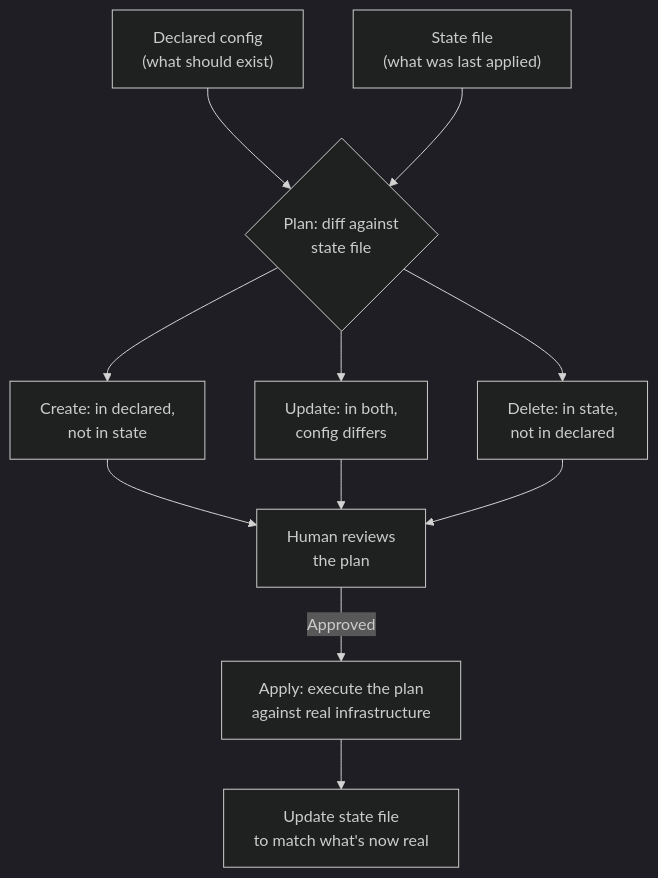
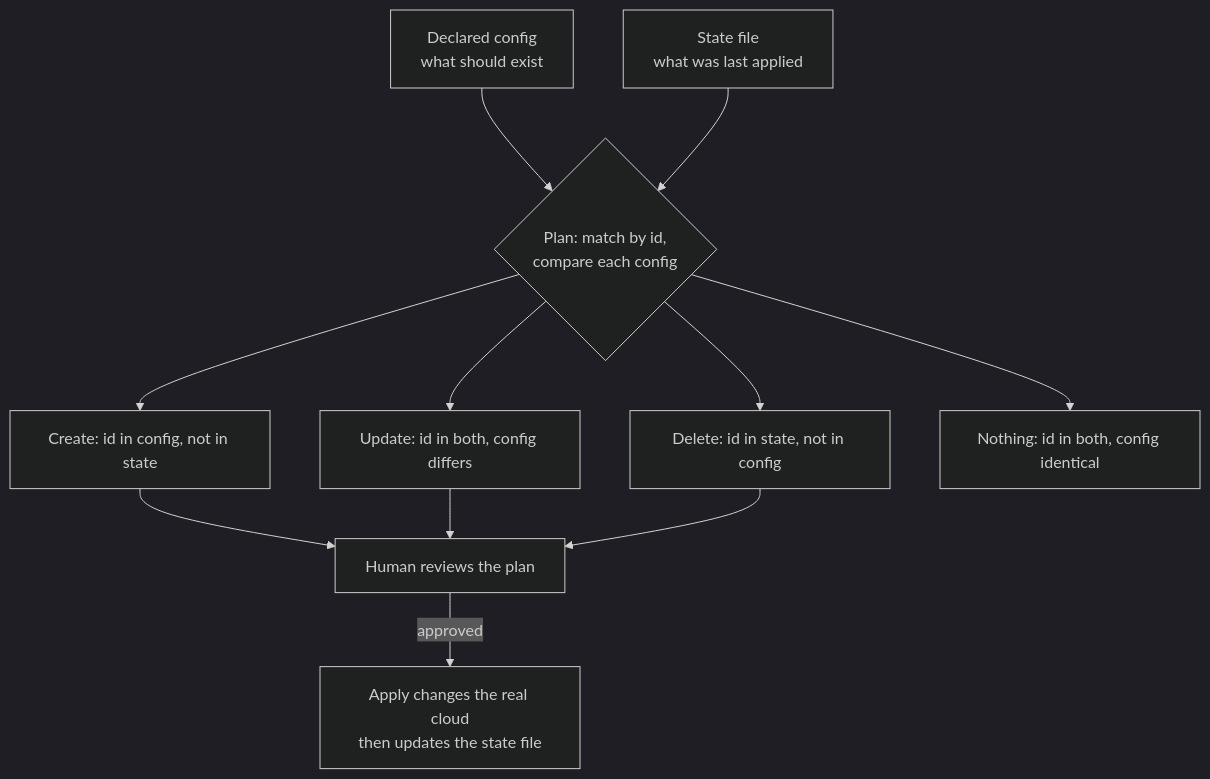
Before and after one commit to francoandreDev/knowledge: the first of 2 diagrams in src/content/infra-delivery/infrastructure-code/L2-concept.mdx, drawn with Mermaid (dark theme). The commit also changed other lines of this file and 3 other files, not shown here.

````diff
--- a/src/content/infra-delivery/infrastructure-code/L2-concept.mdx
+++ b/src/content/infra-delivery/infrastructure-code/L2-concept.mdx
@@ -57,13 +33,13 @@
 ```mermaid
 flowchart TD
-    A["Declared config\n(what should exist)"] --> C{"Plan: diff against\nstate file"}
-    B["State file\n(what was last applied)"] --> C
-    C --> D["Create: in declared,\nnot in state"]
-    C --> E["Update: in both,\nconfig differs"]
-    C --> F["Delete: in state,\nnot in declared"]
-    D --> G["Human reviews\nthe plan"]
+    A["Declared config<br/>what should exist"] --> C{"Plan: match by id,<br/>compare each config"}
+    B["State file<br/>what was last applied"] --> C
+    C --> D["Create: id in config, not in state"]
+    C --> E["Update: id in both, config differs"]
+    C --> F["Delete: id in state, not in config"]
+    C --> N["Nothing: id in both, config identical"]
+    D --> G["Human reviews the plan"]
     E --> G
     F --> G
-    G -->|"Approved"| H["Apply: execute the plan\nagainst real infrastructure"]
-    H --> I["Update state file\nto match what's now real"]
+    G -->|"approved"| H["Apply changes the real cloud<br/>then updates the state file"]
 ```
````
